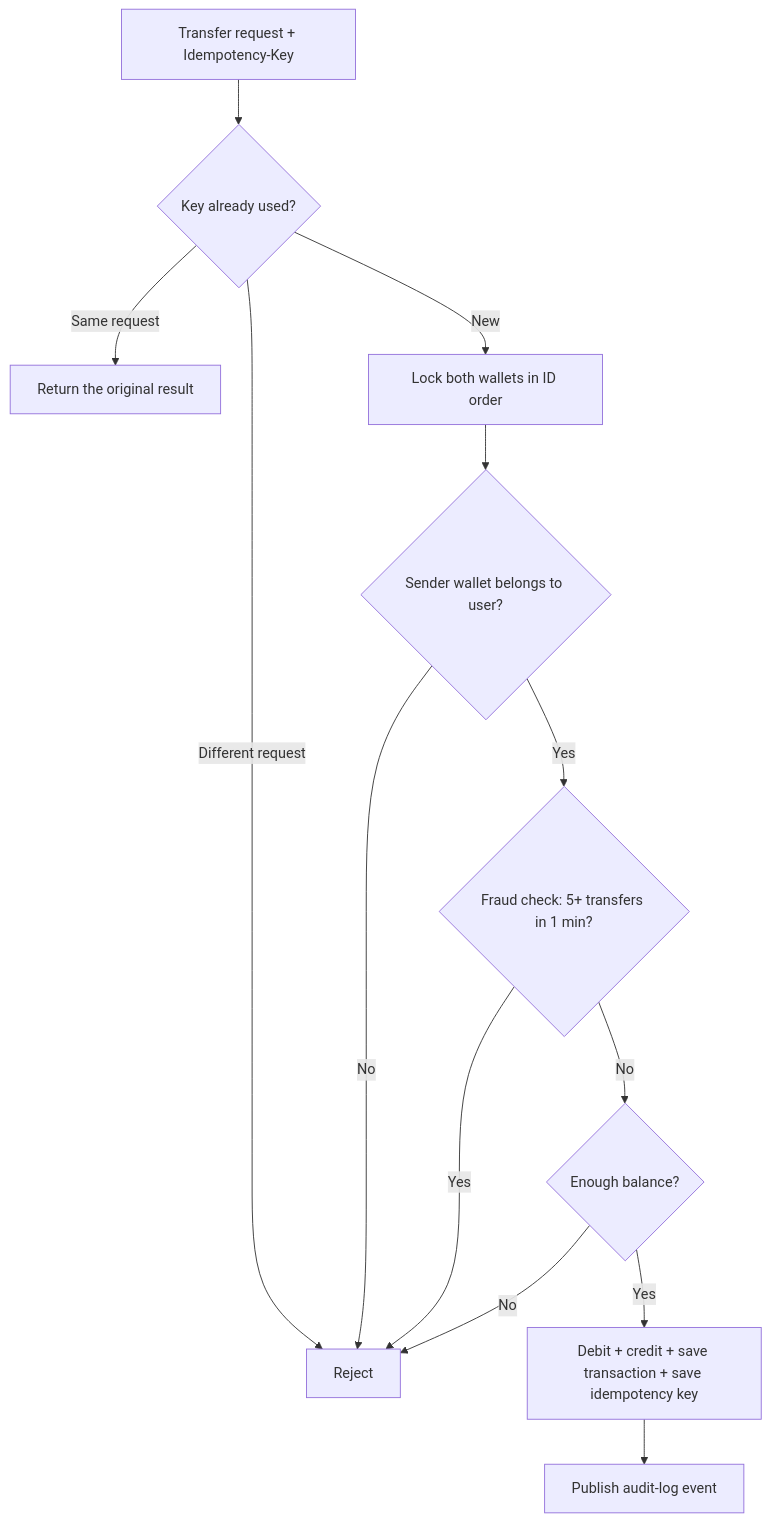
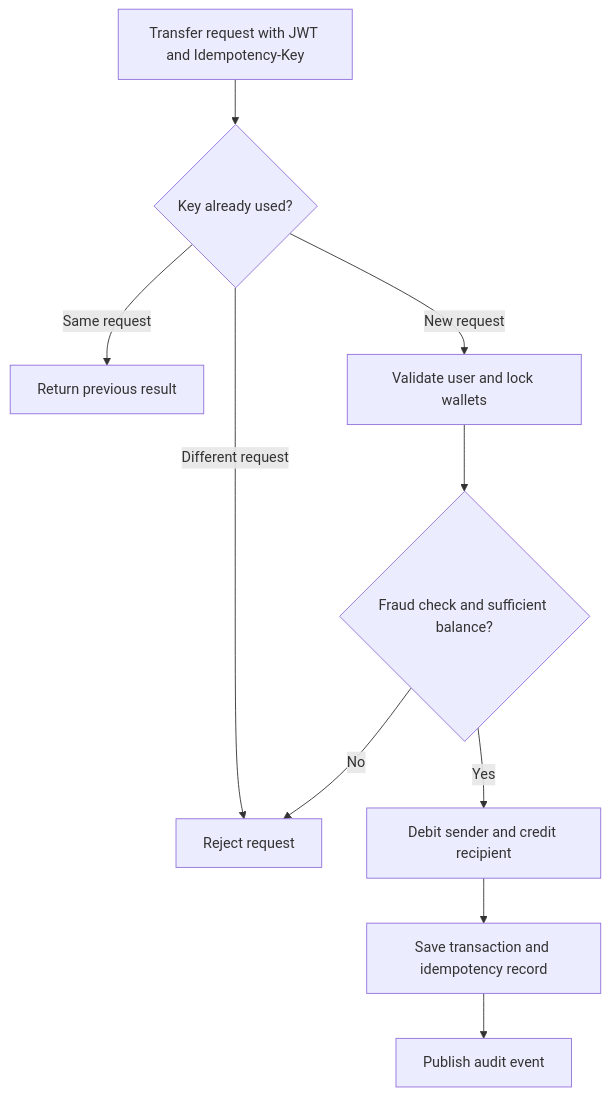
The third of 3 diagrams in README.md (VASUSINH/PayMoney), drawn with Mermaid before and after one commit. The commit also changed other lines of this file and 1 other file, not shown here.

````diff
--- a/README.md
+++ b/README.md
@@ -179,15 +108,12 @@
 ```mermaid
 flowchart TD
-  A[Transfer request + Idempotency-Key] --> B{Key already used?}
-  B -- Same request --> R[Return the original result]
-  B -- Different request --> X[Reject]
-  B -- New --> C[Lock both wallets in ID order]
-  C --> D{Sender wallet belongs to user?}
-  D -- No --> X
-  D -- Yes --> E{Fraud check: 5+ transfers in 1 min?}
-  E -- Yes --> X
-  E -- No --> F{Enough balance?}
-  F -- No --> X
-  F -- Yes --> G[Debit + credit + save transaction + save idempotency key]
-  G --> H[Publish audit-log event]
+    A[Transfer request with JWT and Idempotency-Key] --> B{Key already used?}
+    B -- Same request --> C[Return previous result]
+    B -- Different request --> X[Reject request]
+    B -- New request --> D[Validate user and lock wallets]
+    D --> E{Fraud check and sufficient balance?}
+    E -- No --> X
+    E -- Yes --> F[Debit sender and credit recipient]
+    F --> G[Save transaction and idempotency record]
+    G --> H[Publish audit event]
 ```
````
